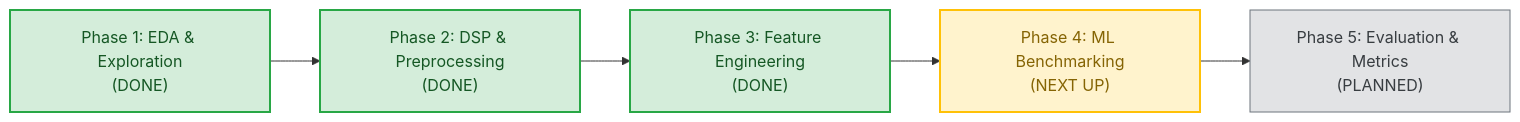
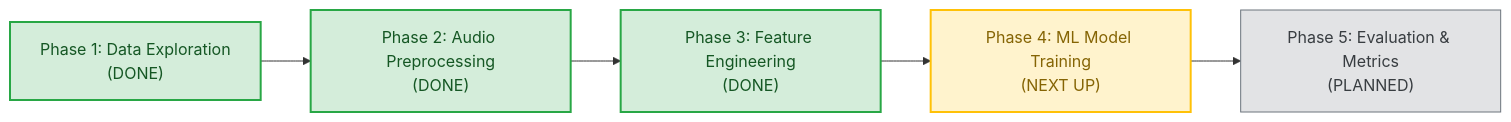
The diagram in README.md (Simplicity005/icbhi-respiratory-detection), drawn with Mermaid before and after one commit. The commit also changed other lines of this file and 1 other file, not shown here.

````diff
--- a/README.md
+++ b/README.md
@@ -45,13 +23,13 @@
 ```mermaid
 flowchart LR
-    P1["Phase 1: EDA & Exploration\n(DONE)"] --> P2["Phase 2: DSP & Preprocessing\n(DONE)"]
+    P1["Phase 1: Data Exploration\n(DONE)"] --> P2["Phase 2: Audio Preprocessing\n(DONE)"]
     P2 --> P3["Phase 3: Feature Engineering\n(DONE)"]
-    P3 --> P4["Phase 4: ML Benchmarking\n(NEXT UP)"]
+    P3 --> P4["Phase 4: ML Model Training\n(NEXT UP)"]
     P4 --> P5["Phase 5: Evaluation & Metrics\n(PLANNED)"]
     
     style P1 fill:#d4edda,stroke:#28a745,stroke-width:2px,color:#155724
     style P2 fill:#d4edda,stroke:#28a745,stroke-width:2px,color:#155724
     style P3 fill:#d4edda,stroke:#28a745,stroke-width:2px,color:#155724
     style P4 fill:#fff3cd,stroke:#ffc107,stroke-width:2px,color:#856404
     style P5 fill:#e2e3e5,stroke:#6c757d,stroke-width:1px,color:#383d41
 ```
````
